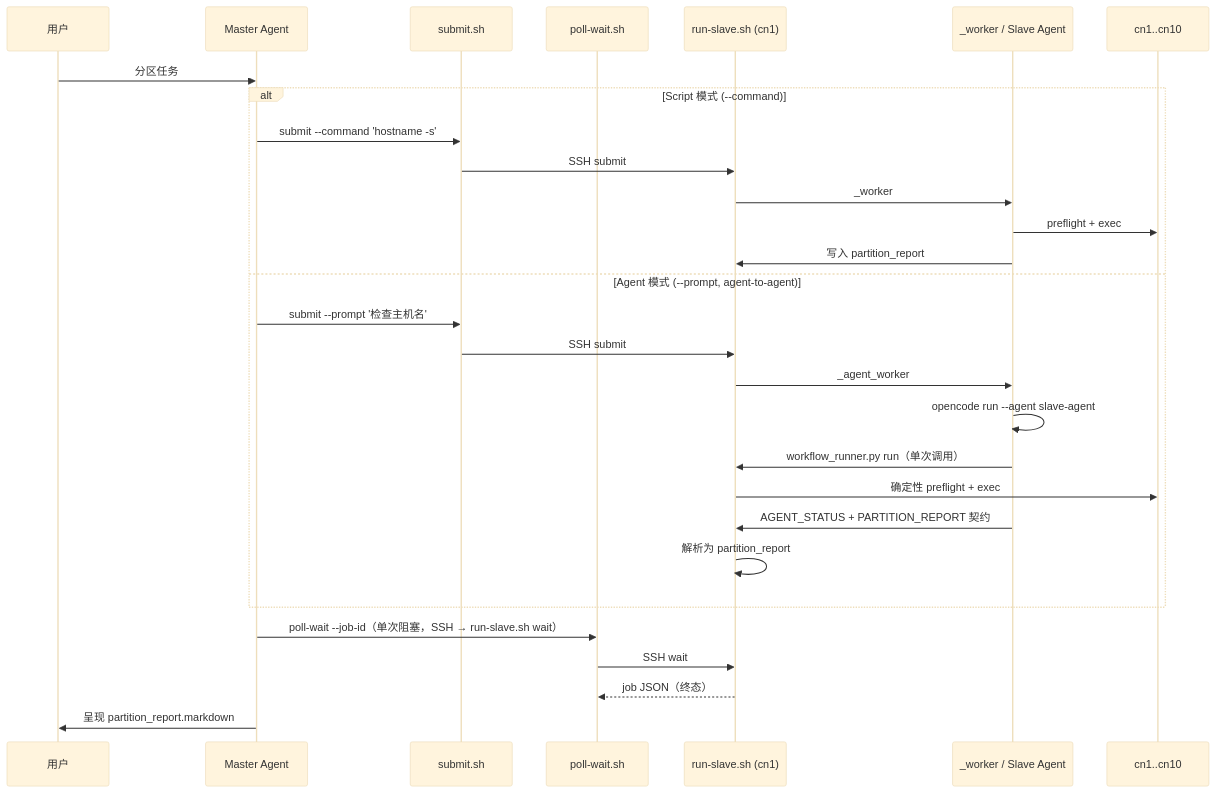
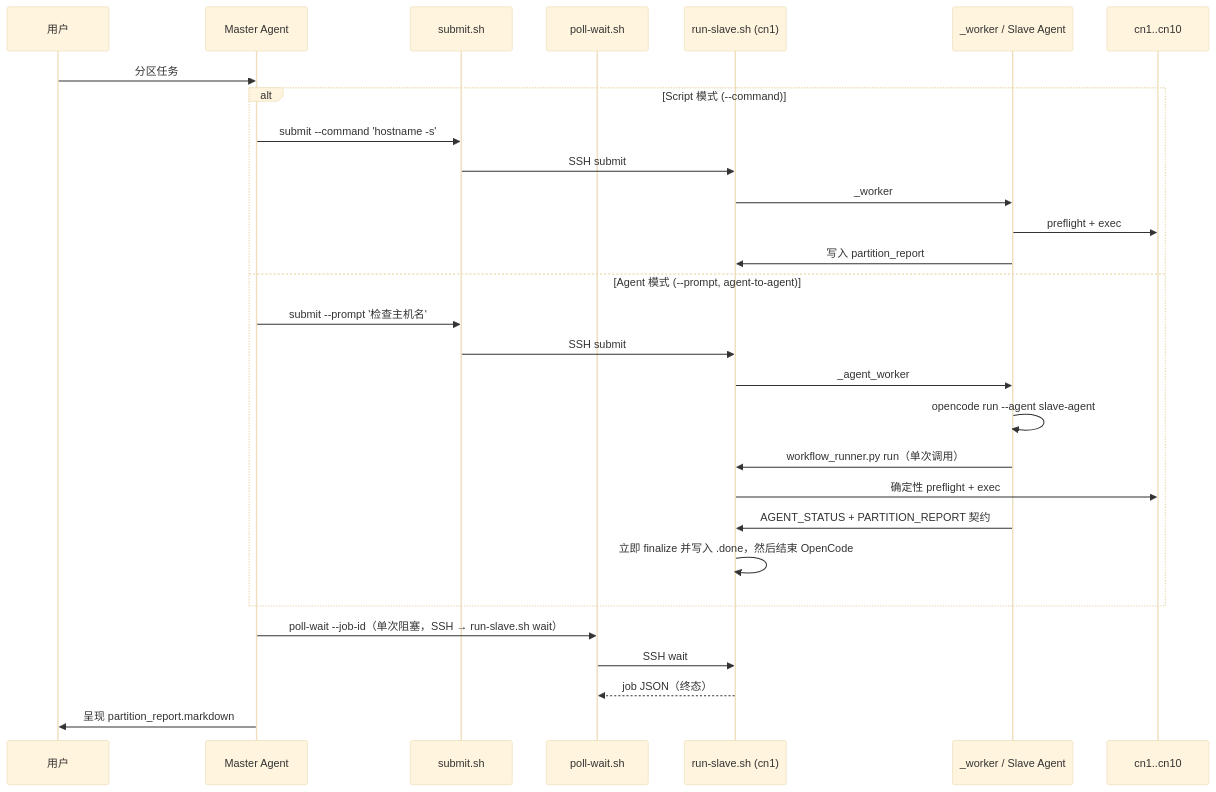
The fourth of 4 diagrams in docs/zh/architecture.md (voidspiral/ClusterHelm), drawn with Mermaid (base theme) before and after one commit. The commit also changed other lines of this file and 22 other files, not shown here.

````diff
--- a/docs/zh/architecture.md
+++ b/docs/zh/architecture.md
@@ -152,32 +152,32 @@
 ```mermaid
 sequenceDiagram
   participant User as 用户
   participant MA as Master Agent
   participant SS as submit.sh
   participant PS as poll-wait.sh
   participant RS as run-slave.sh (cn1)
   participant Exec as _worker / Slave Agent
   participant Node as cn1..cn10
 
   User->>MA: 分区任务
   alt Script 模式 (--command)
     MA->>SS: submit --command 'hostname -s'
     SS->>RS: SSH submit
     RS->>Exec: _worker
     Exec->>Node: preflight + exec
     Exec->>RS: 写入 partition_report
   else Agent 模式 (--prompt, agent-to-agent)
     MA->>SS: submit --prompt '检查主机名'
     SS->>RS: SSH submit
     RS->>Exec: _agent_worker
     Exec->>Exec: opencode run --agent slave-agent
     Exec->>RS: workflow_runner.py run（单次调用）
     RS->>Node: 确定性 preflight + exec
     Exec->>RS: AGENT_STATUS + PARTITION_REPORT 契约
-    RS->>RS: 解析为 partition_report
+    RS->>RS: 立即 finalize 并写入 .done，然后结束 OpenCode
   end
   MA->>PS: poll-wait --job-id（单次阻塞，SSH → run-slave.sh wait）
   PS->>RS: SSH wait
   RS-->>PS: job JSON（终态）
   MA->>User: 呈现 partition_report.markdown
 ```
````
